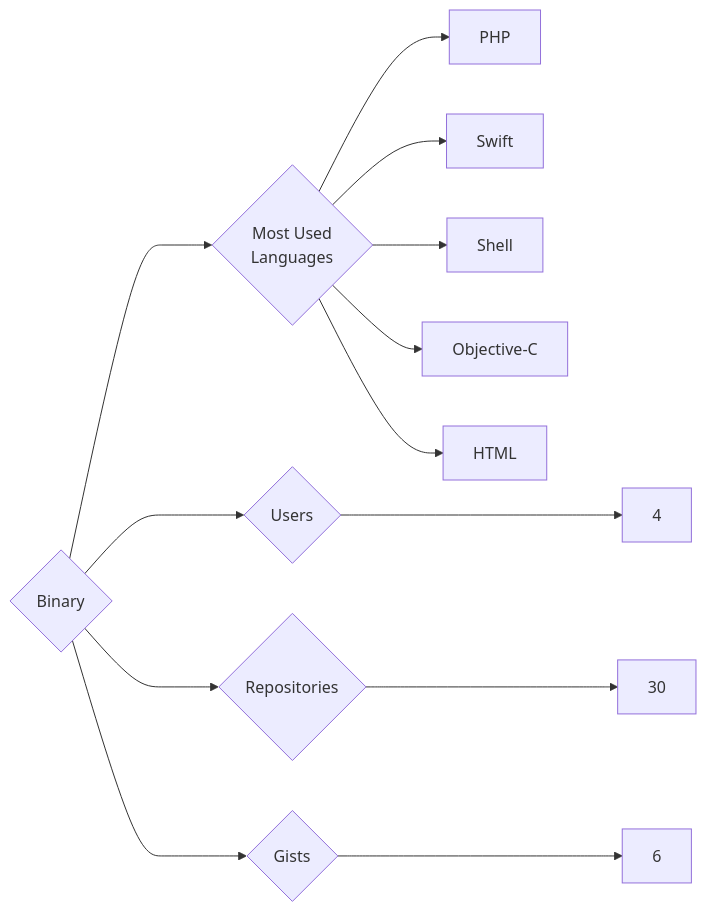
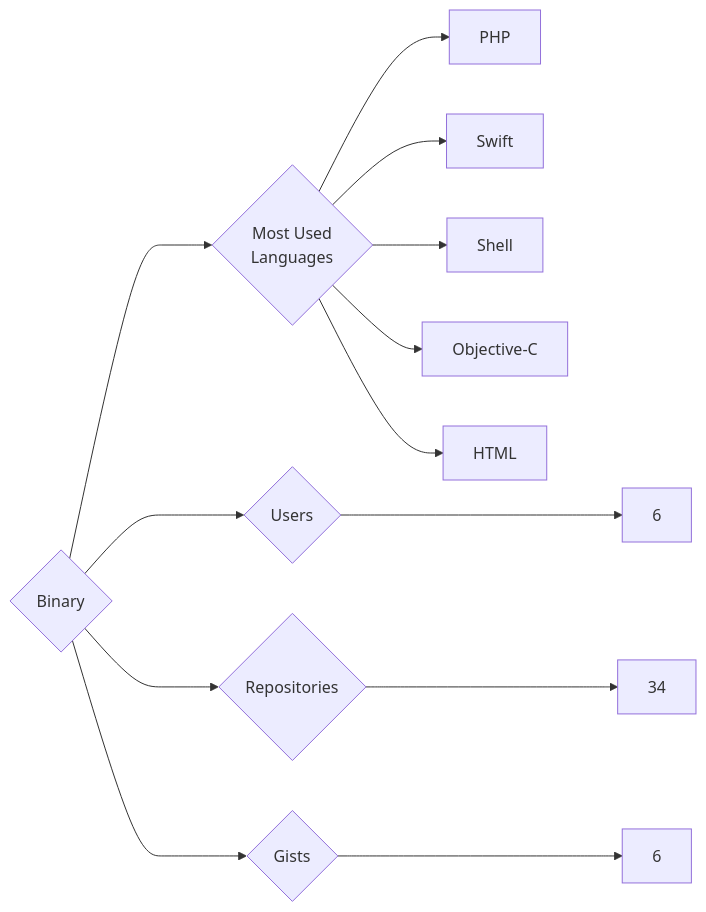
Before and after one commit to trickest/insiders: the diagram in targets/Binary/README.md, drawn with Mermaid. The commit also changed 984 other files, not shown here.

````diff
--- a/targets/Binary/README.md
+++ b/targets/Binary/README.md
@@ -3,13 +3,13 @@
 ```mermaid
 graph LR
 COMPANY_NAME{Binary}
-COMPANY_NAME ---> U{Users} ---> UN[4]
-COMPANY_NAME ---> R{Repositories} ---> RN[30]
+COMPANY_NAME ---> U{Users} ---> UN[6]
+COMPANY_NAME ---> R{Repositories} ---> RN[34]
 COMPANY_NAME ---> G{Gists} ---> GN[6]
 COMPANY_NAME ---> ML{Most Used<br>Languages}
-ML --> PHP
-ML --> Swift
-ML --> Shell
-ML --> Objective-C
-ML --> HTML
+ML --> PHP[PHP]
+ML --> Swift[Swift]
+ML --> Shell[Shell]
+ML --> Objective-C[Objective-C]
+ML --> HTML[HTML]
 ```
````
